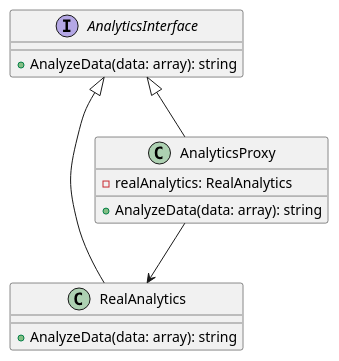
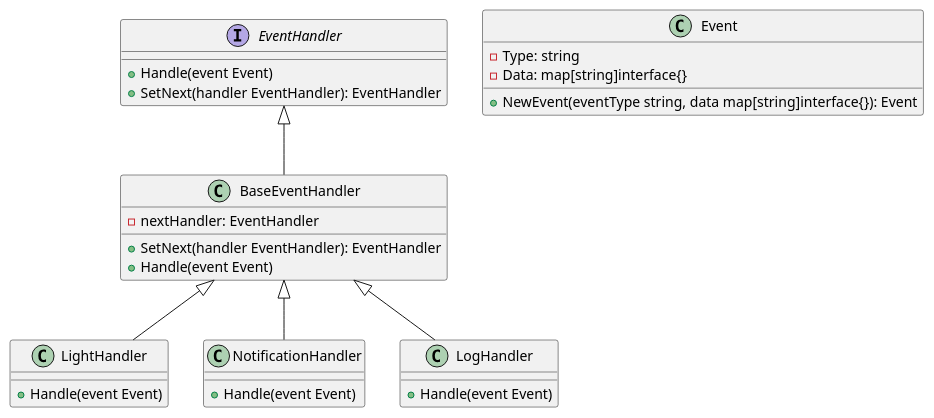
Before and after one commit to andrewovchinnikov/design-patterns: the diagram in klassifikaciya-patternov/povedencheskie-patterny-behavioral-patterns/cepochka-obyazannostei-chain-of-responsibility/primery/obrabotka-sobytii-v-realnom-vremeni/go.md, drawn with PlantUML. The commit also changed other lines of this file and 46 other files, not shown here.

````diff
--- a/klassifikaciya-patternov/povedencheskie-patterny-behavioral-patterns/cepochka-obyazannostei-chain-of-responsibility/primery/obrabotka-sobytii-v-realnom-vremeni/go.md
+++ b/klassifikaciya-patternov/povedencheskie-patterny-behavioral-patterns/cepochka-obyazannostei-chain-of-responsibility/primery/obrabotka-sobytii-v-realnom-vremeni/go.md
@@ -89,20 +121,37 @@
 ```plantuml
 @startuml
-interface AnalyticsInterface {
-    +AnalyzeData(data: array): string
+interface EventHandler {
+    +Handle(event Event)
+    +SetNext(handler EventHandler): EventHandler
 }
 
-class RealAnalytics {
-    +AnalyzeData(data: array): string
+class BaseEventHandler {
+    -nextHandler: EventHandler
+    +SetNext(handler EventHandler): EventHandler
+    +Handle(event Event)
 }
 
-class AnalyticsProxy {
-    -realAnalytics: RealAnalytics
-    +AnalyzeData(data: array): string
+class LightHandler {
+    +Handle(event Event)
 }
 
-AnalyticsInterface <|-- RealAnalytics
-AnalyticsInterface <|-- AnalyticsProxy
-AnalyticsProxy --> RealAnalytics
+class NotificationHandler {
+    +Handle(event Event)
+}
+
+class LogHandler {
+    +Handle(event Event)
+}
+
+class Event {
+    -Type: string
+    -Data: map[string]interface{}
+    +NewEvent(eventType string, data map[string]interface{}): Event
+}
+
+EventHandler <|-- BaseEventHandler
+BaseEventHandler <|-- LightHandler
+BaseEventHandler <|-- NotificationHandler
+BaseEventHandler <|-- LogHandler
 @enduml
 ```
````
